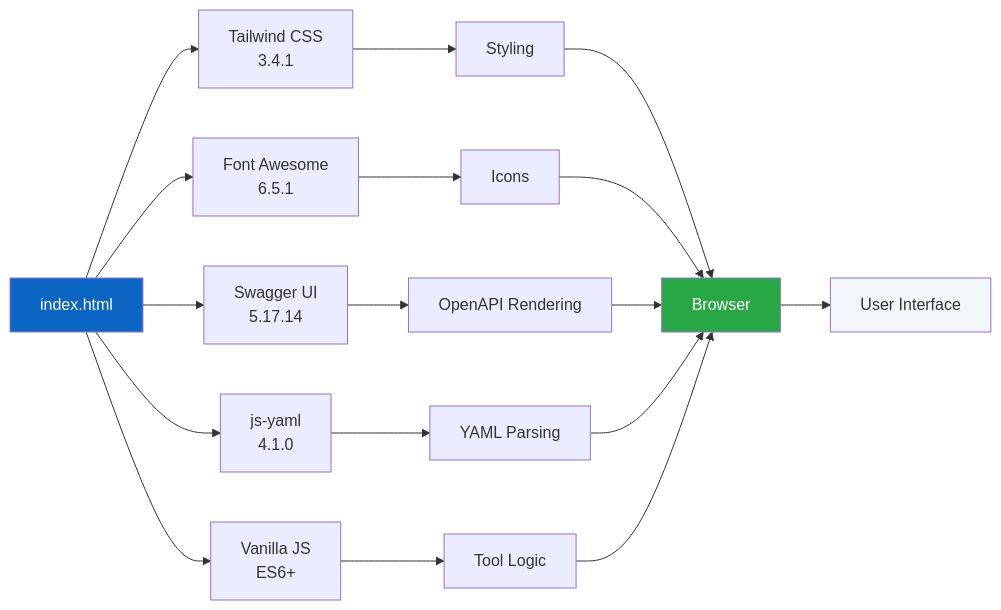
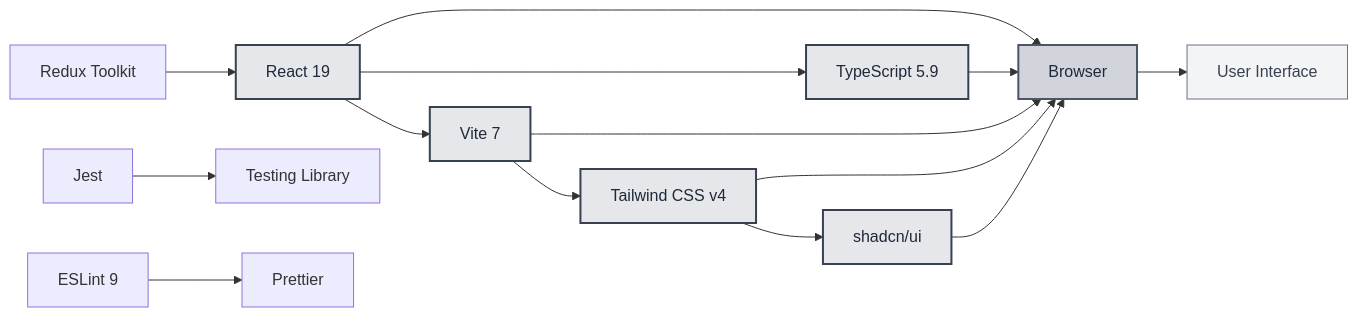
One commit to girijashankarj/garry-micro-dev-utilities changed the fifth of 5 diagrams in README.md. Above: the diagram before and after it, drawn with Mermaid. The commit also changed other lines of this file and 50 other files, not shown here.

````diff
--- a/README.md
+++ b/README.md
@@ -287,26 +333,27 @@
 ```mermaid
 graph LR
-    A[index.html] --> B[Tailwind CSS<br/>3.4.1]
-    A --> C[Font Awesome<br/>6.5.1]
-    A --> D[Swagger UI<br/>5.17.14]
-    A --> E[js-yaml<br/>4.1.0]
-    A --> F[Vanilla JS<br/>ES6+]
+    A[React 19] --> B[TypeScript 5.9]
+    A --> C[Vite 7]
+    C --> D[Tailwind CSS v4]
+    D --> E[shadcn/ui]
     
-    B --> G[Styling]
-    C --> H[Icons]
-    D --> I[OpenAPI Rendering]
-    E --> J[YAML Parsing]
-    F --> K[Tool Logic]
+    F[Redux Toolkit] --> A
+    G[Jest] --> H[Testing Library]
+    I[ESLint 9] --> J[Prettier]
     
-    G --> L[Browser]
-    H --> L
-    I --> L
-    J --> L
-    K --> L
+    A --> K[Browser]
+    B --> K
+    C --> K
+    D --> K
+    E --> K
     
-    L --> M[User Interface]
+    K --> L[User Interface]
     
-    style A fill:#0A66C2,color:#fff
-    style L fill:#28a745,color:#fff
-    style M fill:#F3F6F8
+    style A fill:#e5e7eb,stroke:#374151,stroke-width:2px,color:#1f2937
+    style B fill:#e5e7eb,stroke:#374151,stroke-width:2px,color:#1f2937
+    style C fill:#e5e7eb,stroke:#374151,stroke-width:2px,color:#1f2937
+    style D fill:#e5e7eb,stroke:#374151,stroke-width:2px,color:#1f2937
+    style E fill:#e5e7eb,stroke:#374151,stroke-width:2px,color:#1f2937
+    style K fill:#d1d5db,stroke:#4b5563,stroke-width:2px,color:#1f2937
+    style L fill:#f3f4f6,stroke:#6b7280,stroke-width:1px,color:#374151
 ```
````
